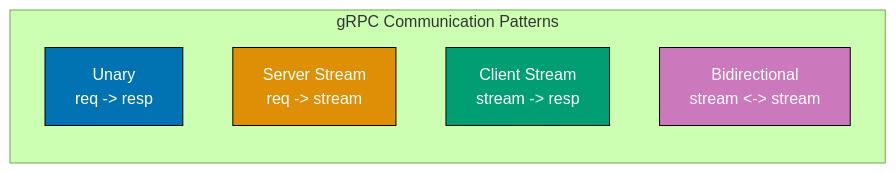
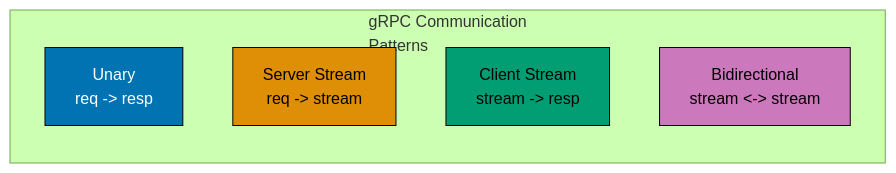
The second of 12 diagrams in apps/ayokoding-www/content/en/learn/legacy/software-engineering/networking/by-example/advanced.md (wahidyankf/ose-public), drawn with Mermaid (forest theme) before and after one commit. The commit also changed other lines of this file and 78 other files, not shown here.

First line of the commit message:
fix(mermaid): bring the remaining legacy software-engineering diagrams onto the accessible palette

````diff
--- a/apps/ayokoding-www/content/en/learn/legacy/software-engineering/networking/by-example/advanced.md
+++ b/apps/ayokoding-www/content/en/learn/legacy/software-engineering/networking/by-example/advanced.md
@@ -473,15 +481,22 @@
 ```mermaid
 %% Color Palette: Blue #0173B2, Orange #DE8F05, Teal #029E73, Purple #CC78BC, Brown #CA9161
 graph LR
-    subgraph Patterns["gRPC Communication Patterns"]
+    accTitle: Example 62: gRPC Concepts — Protobuf and Streams
+    accDescr: Graph with 4 nodes and 0 connections. Nodes: Unary req -> resp, Server Stream req -> stream, Client Stream stream -> resp, Bidirectional stream stream.
+    subgraph Patterns["gRPC Communication<br/>Patterns"]
         U["Unary<br/>req -> resp"]
         SS["Server Stream<br/>req -> stream"]
         CS["Client Stream<br/>stream -> resp"]
         BD["Bidirectional<br/>stream <-> stream"]
     end
 
-    style U fill:#0173B2,stroke:#000,color:#fff
-    style SS fill:#DE8F05,stroke:#000,color:#fff
-    style CS fill:#029E73,stroke:#000,color:#fff
-    style BD fill:#CC78BC,stroke:#000,color:#fff
+    classDef pal-0173B2 fill:#0173B2,stroke:#000000,color:#FFFFFF
+    class U pal-0173B2
+    classDef pal-DE8F05 fill:#DE8F05,stroke:#000000,color:#000000
+    class SS pal-DE8F05
+    classDef pal-029E73 fill:#029E73,stroke:#000000,color:#000000
+    class CS pal-029E73
+    classDef pal-CC78BC fill:#CC78BC,stroke:#000000,color:#000000
+    class BD pal-CC78BC
+    classDef default fill:#FFFFFF,stroke:#000000,color:#000000
 ```
````
